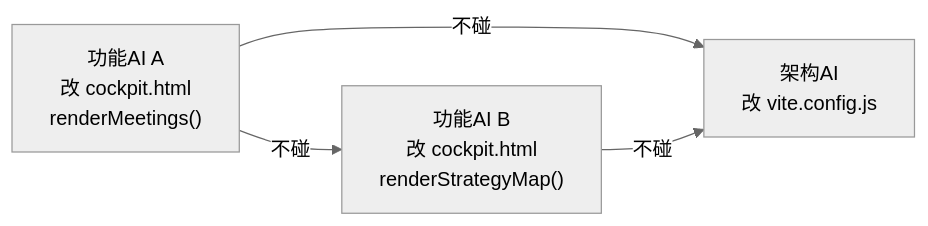
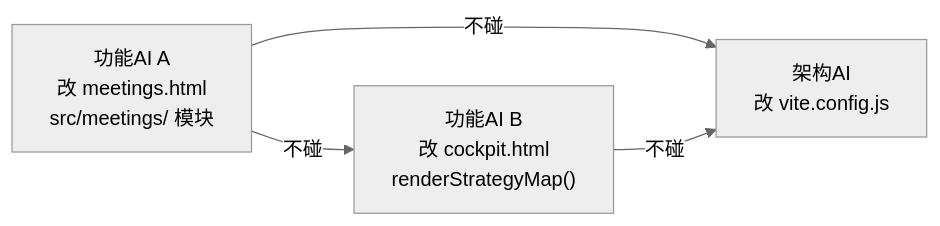
Before and after one commit to jingjason1998-cloud/DSTE-Prototype: the third of 3 diagrams in docs/06-Explanation架构解释/multi-ai-architecture.md, drawn with Mermaid (neutral theme). The commit also changed other lines of this file and 85 other files, not shown here.

````diff
--- a/docs/06-Explanation架构解释/multi-ai-architecture.md
+++ b/docs/06-Explanation架构解释/multi-ai-architecture.md
@@ -121,6 +121,6 @@
 ```mermaid
 graph LR
-    A["功能AI A<br/>改 cockpit.html<br/>renderMeetings()"] -->|"不碰"| B["功能AI B<br/>改 cockpit.html<br/>renderStrategyMap()"]
+    A["功能AI A<br/>改 meetings.html<br/>src/meetings/ 模块"] -->|"不碰"| B["功能AI B<br/>改 cockpit.html<br/>renderStrategyMap()"]
     A -->|"不碰"| C["架构AI<br/>改 vite.config.js"]
     B -->|"不碰"| C
 ```
````
